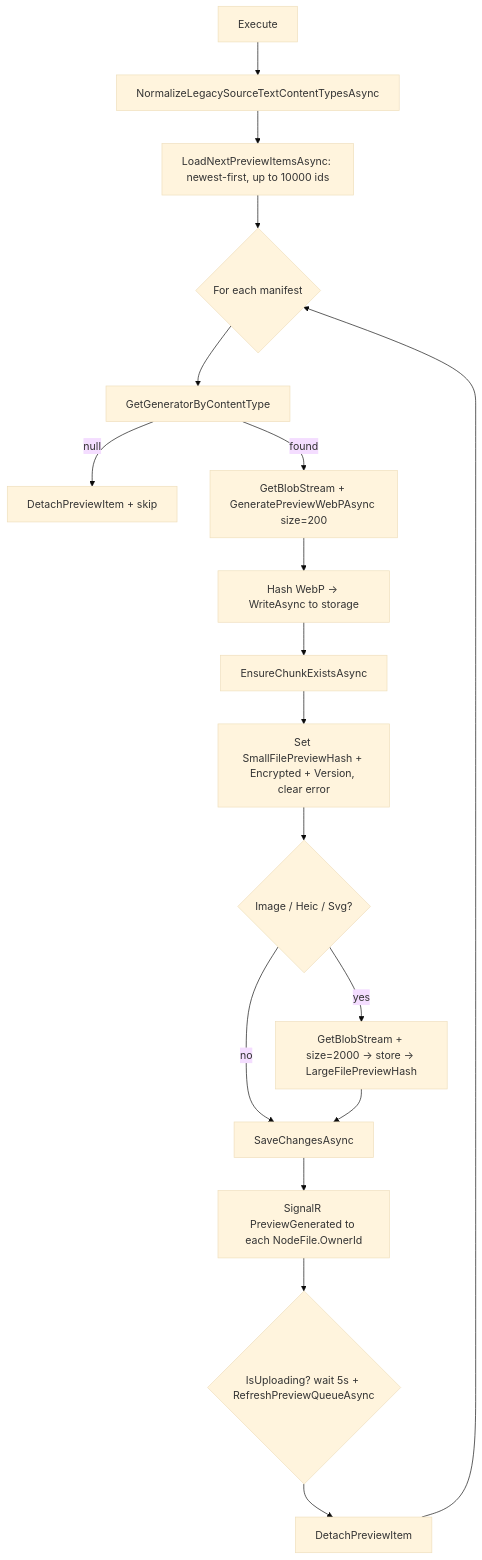
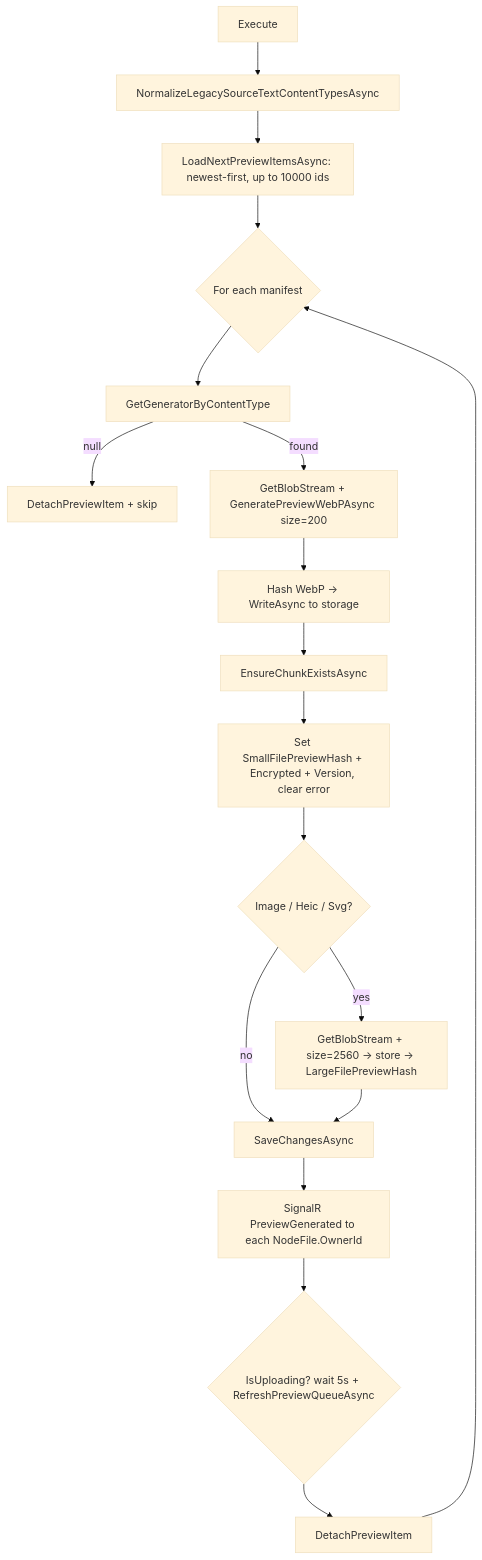
The first of 4 diagrams in docs/technical/18-previews-media.md (bvdcode/cotton), drawn with Mermaid (base theme) before and after one commit. The commit also changed other lines of this file and 12 other files, not shown here.

````diff
--- a/docs/technical/18-previews-media.md
+++ b/docs/technical/18-previews-media.md
@@ -93,20 +93,20 @@
 ```mermaid
 flowchart TD
   A[Execute] --> B[NormalizeLegacySourceTextContentTypesAsync]
   B --> C[LoadNextPreviewItemsAsync: newest-first, up to 10000 ids]
   C --> D{For each manifest}
   D --> E[GetGeneratorByContentType]
   E -->|null| F[DetachPreviewItem + skip]
   E -->|found| G[GetBlobStream + GeneratePreviewWebPAsync size=200]
   G --> H[Hash WebP -> WriteAsync to storage]
   H --> I[EnsureChunkExistsAsync]
   I --> J[Set SmallFilePreviewHash + Encrypted + Version, clear error]
   J --> K{Image / Heic / Svg?}
-  K -->|yes| L[GetBlobStream + size=2000 -> store -> LargeFilePreviewHash]
+  K -->|yes| L[GetBlobStream + size=2560 -> store -> LargeFilePreviewHash]
   K -->|no| M[SaveChangesAsync]
   L --> M
   M --> N[SignalR PreviewGenerated to each NodeFile.OwnerId]
   N --> O{IsUploading? wait 5s + RefreshPreviewQueueAsync}
   O --> P[DetachPreviewItem]
   P --> D
 ```
````
